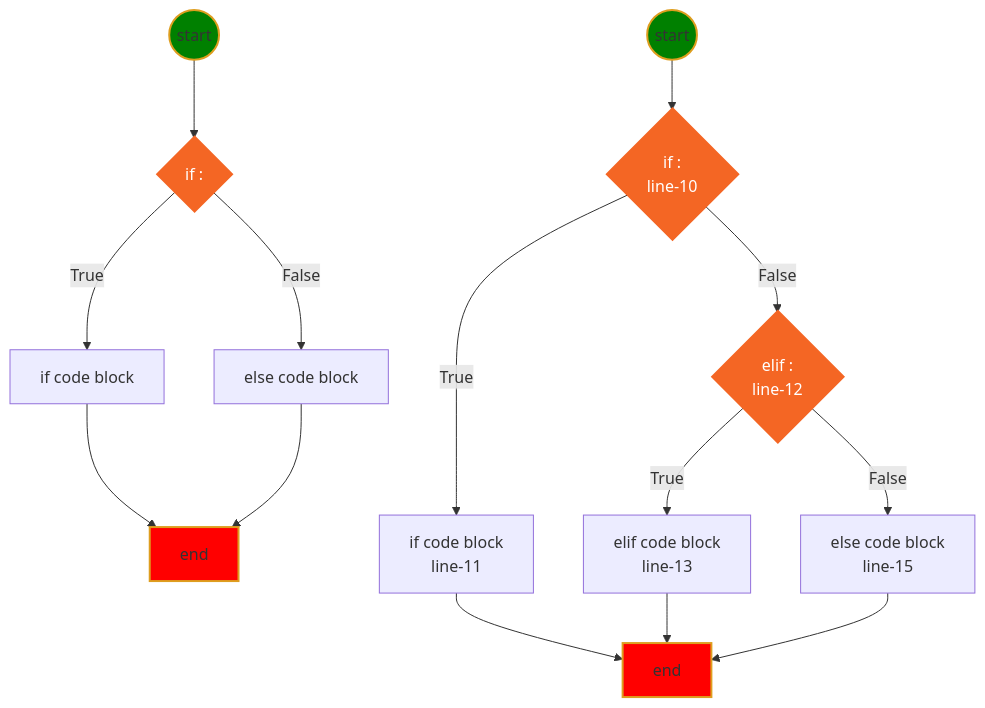
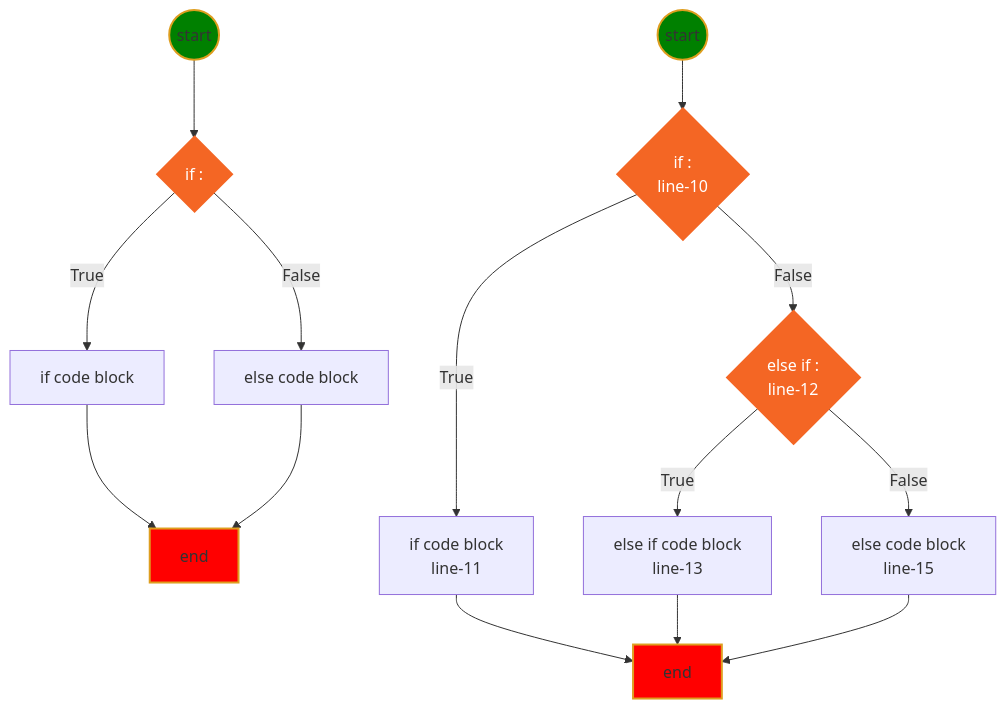
The second of 23 diagrams in doc/java.md (jwang1122/java), drawn with Mermaid before and after one commit. The commit also changed other lines of this file and 9 other files, not shown here.

````diff
--- a/doc/java.md
+++ b/doc/java.md
@@ -285,35 +293,35 @@
 ```mermaid
 graph TB
 A((start))
 B{if <condition>:}
 C[if code block]
 D[else code block]
 E[end]
 
 
 A-->B
 B--True-->C-->E
 B--False-->D-->E
 
 A1((start))
 B1{if <condition>:<br>line-10}
-B2{elif <condition>:<br>line-12}
+B2{else if <condition>:<br>line-12}
 C1[if code block<br>line-11]
-D1[elif code block<br>line-13]
+D1[else if code block<br>line-13]
 E1[end]
 F1[else code block<br>line-15]
 
 A1-->B1
 B1--True-->C1-->E1
 B1--False-->B2--True-->D1-->E1
 B2--False-->F1-->E1
 
 
 classDef html fill:#F46624,stroke:#F46624,stroke-width:4px,color:white;
 classDef js fill:yellow,stroke:#DE9E1F,stroke-width:2px;
 classDef start fill:green,stroke:#DE9E1F,stroke-width:2px;
 classDef end1 fill:red,stroke:#DE9E1F,stroke-width:2px;
 class A,A1 start
 class B,B1,B2 html
 class E,E1 end1
 ```
````
